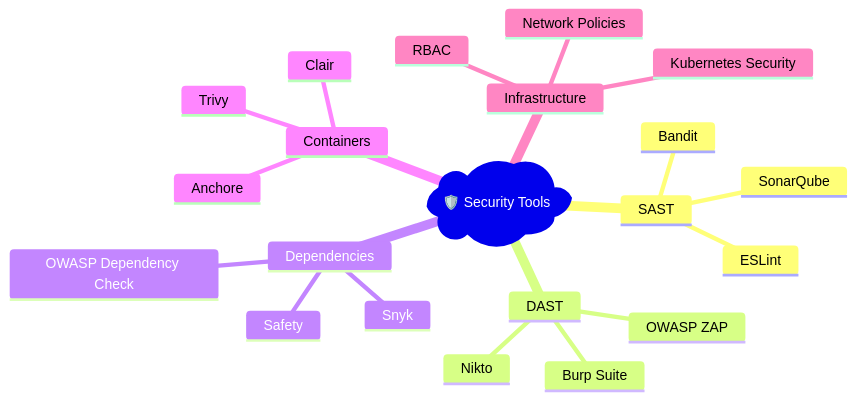
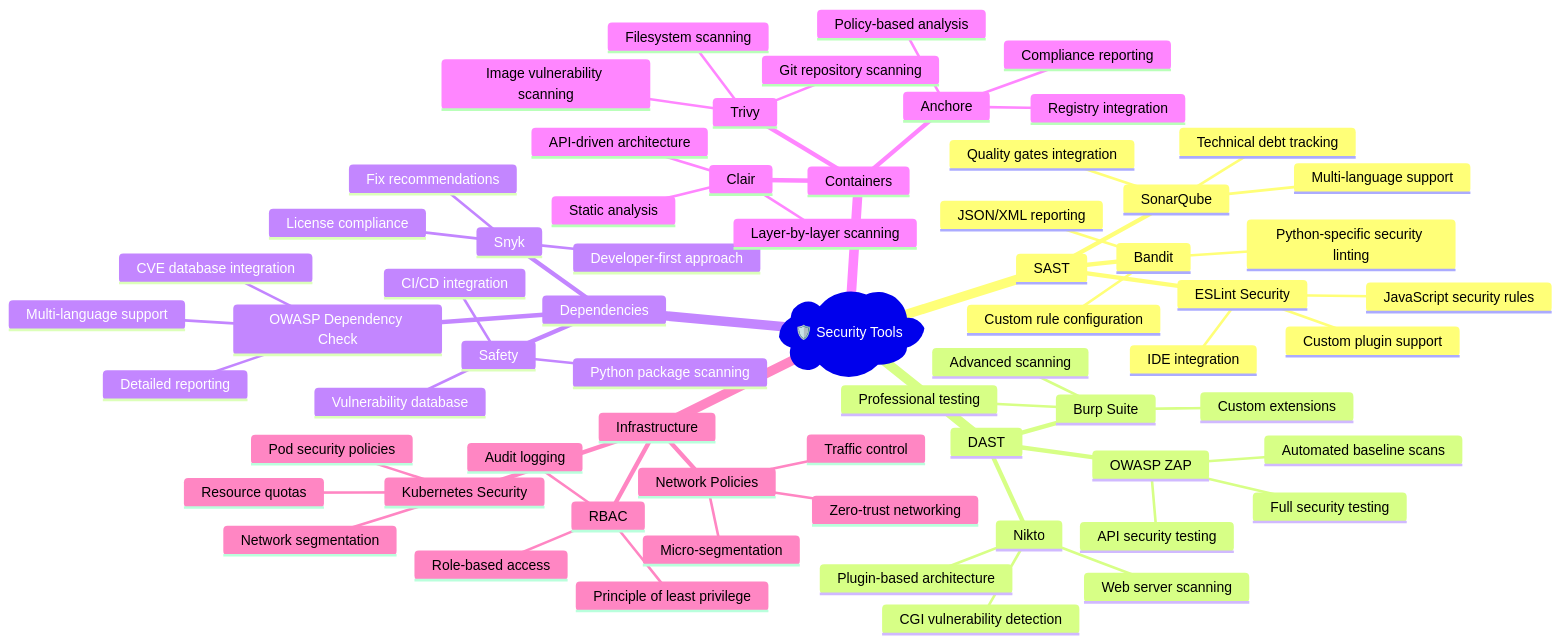
One commit to apasupuleti79/CI-CD-with-DevSecOps changed the tenth of 18 diagrams in README.md. Above: the diagram before and after it, drawn with Mermaid. The commit also changed other lines of this file, not shown here.

````diff
--- a/README.md
+++ b/README.md
@@ -440,24 +540,69 @@
 ```mermaid
 mindmap
   root)🛡️ Security Tools(
     SAST
       Bandit
+        Python-specific security linting
+        Custom rule configuration
+        JSON/XML reporting
       SonarQube
-      ESLint
+        Multi-language support
+        Quality gates integration
+        Technical debt tracking
+      ESLint Security
+        JavaScript security rules
+        IDE integration
+        Custom plugin support
     DAST
       OWASP ZAP
+        Automated baseline scans
+        Full security testing
+        API security testing
       Nikto
+        Web server scanning
+        CGI vulnerability detection
+        Plugin-based architecture
       Burp Suite
+        Professional testing
+        Custom extensions
+        Advanced scanning
     Dependencies
       Safety
+        Python package scanning
+        Vulnerability database
+        CI/CD integration
       OWASP Dependency Check
+        Multi-language support
+        CVE database integration
+        Detailed reporting
       Snyk
+        Developer-first approach
+        Fix recommendations
+        License compliance
     Containers
       Trivy
+        Image vulnerability scanning
+        Filesystem scanning
+        Git repository scanning
       Clair
+        Static analysis
+        Layer-by-layer scanning
+        API-driven architecture
       Anchore
+        Policy-based analysis
+        Compliance reporting
+        Registry integration
     Infrastructure
       Kubernetes Security
+        Pod security policies
+        Network segmentation
+        Resource quotas
       Network Policies
+        Traffic control
+        Micro-segmentation
+        Zero-trust networking
       RBAC
+        Role-based access
+        Principle of least privilege
+        Audit logging
 ```
````
